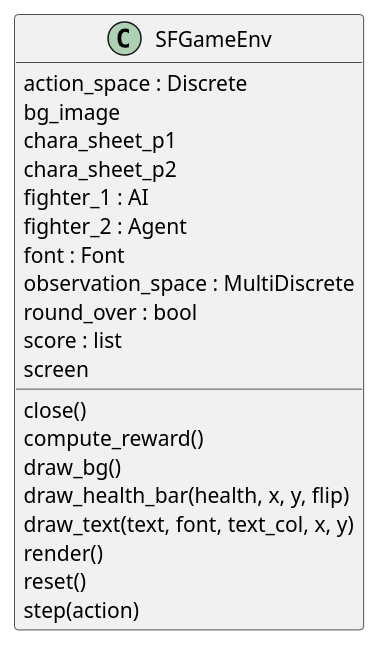
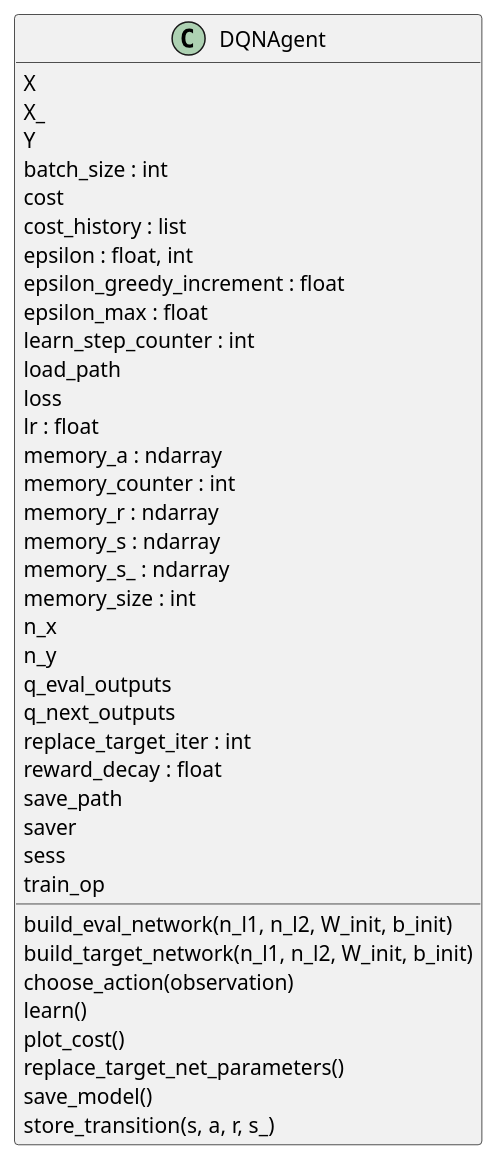
One commit to sroosens/street-figther-style-pygame changed the diagram in classes.plantuml. Above: the diagram before and after it, drawn with PlantUML. The commit also changed 4 other files, not shown here.

```diff
--- a/classes.plantuml
+++ b/classes.plantuml
@@ -1,24 +1,42 @@
 @startuml classes
 set namespaceSeparator none
-class "SFGameEnv" as StreetFighterGameEnv.SFGameEnv {
-  action_space : Discrete
-  bg_image
-  chara_sheet_p1
-  chara_sheet_p2
-  fighter_1 : AI
-  fighter_2 : Agent
-  font : Font
-  observation_space : MultiDiscrete
-  round_over : bool
-  score : list
-  screen
-  close()
-  compute_reward()
-  draw_bg()
-  draw_health_bar(health, x, y, flip)
-  draw_text(text, font, text_col, x, y)
-  render()
-  reset()
-  step(action)
+class "DQNAgent" as agent_DQN.DQNAgent {
+  X
+  X_
+  Y
+  batch_size : int
+  cost
+  cost_history : list
+  epsilon : float, int
+  epsilon_greedy_increment : float
+  epsilon_max : float
+  learn_step_counter : int
+  load_path
+  loss
+  lr : float
+  memory_a : ndarray
+  memory_counter : int
+  memory_r : ndarray
+  memory_s : ndarray
+  memory_s_ : ndarray
+  memory_size : int
+  n_x
+  n_y
+  q_eval_outputs
+  q_next_outputs
+  replace_target_iter : int
+  reward_decay : float
+  save_path
+  saver
+  sess
+  train_op
+  build_eval_network(n_l1, n_l2, W_init, b_init)
+  build_target_network(n_l1, n_l2, W_init, b_init)
+  choose_action(observation)
+  learn()
+  plot_cost()
+  replace_target_net_parameters()
+  save_model()
+  store_transition(s, a, r, s_)
 }
 @enduml
```
